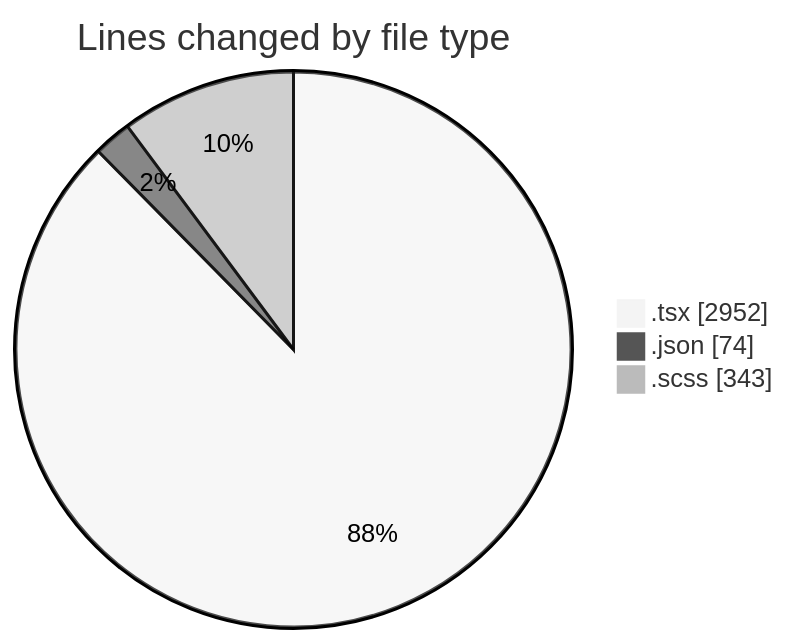
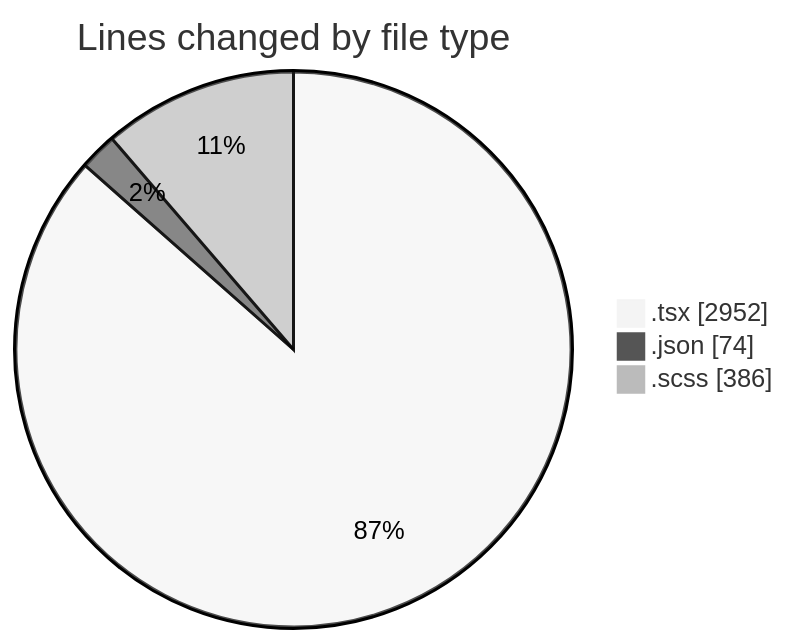
Before and after one commit to momahboobian/code-tracking: the first of 2 diagrams in 2025-04-08/cda/README.md, drawn with Mermaid (neutral theme). The commit also changed other lines of this file and 1 other file, not shown here.

````diff
--- a/2025-04-08/cda/README.md
+++ b/2025-04-08/cda/README.md
@@ -29,7 +29,7 @@
 ```mermaid
 pie showData
 title Lines changed by file type
 ".tsx" : 2952
 ".json" : 74
-".scss" : 343
+".scss" : 386
 ```
````
